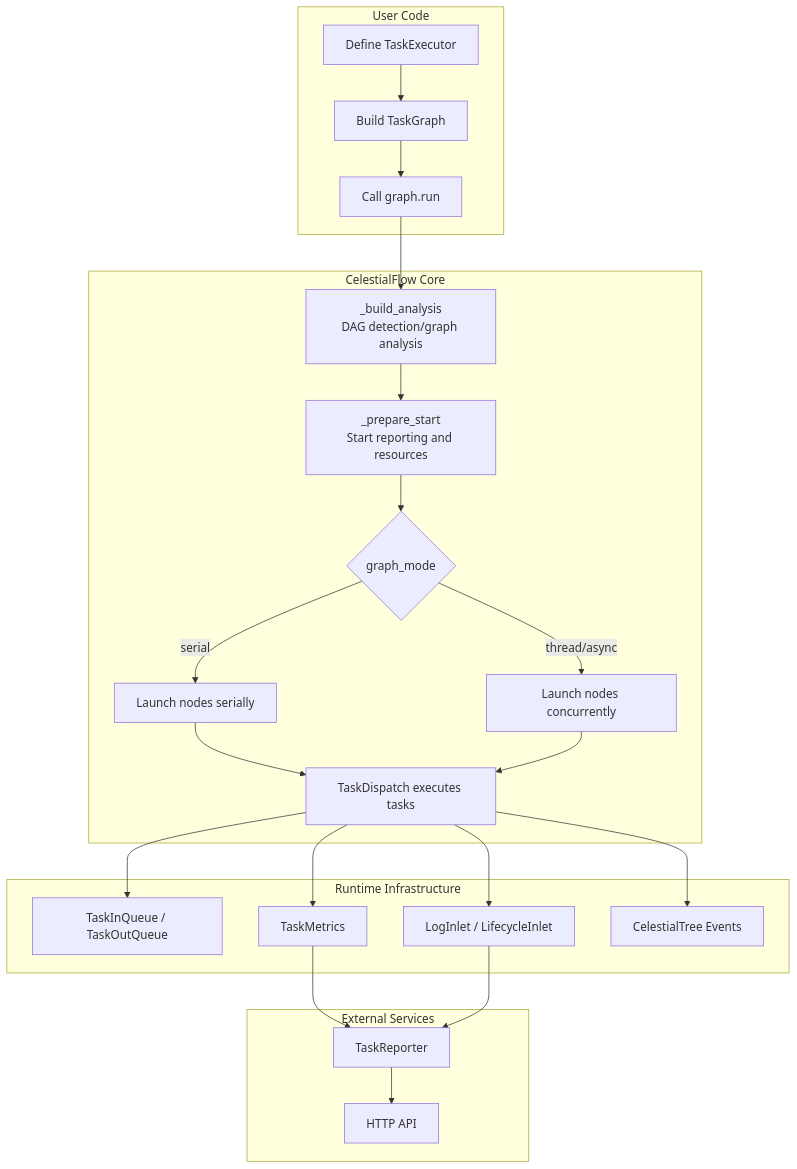
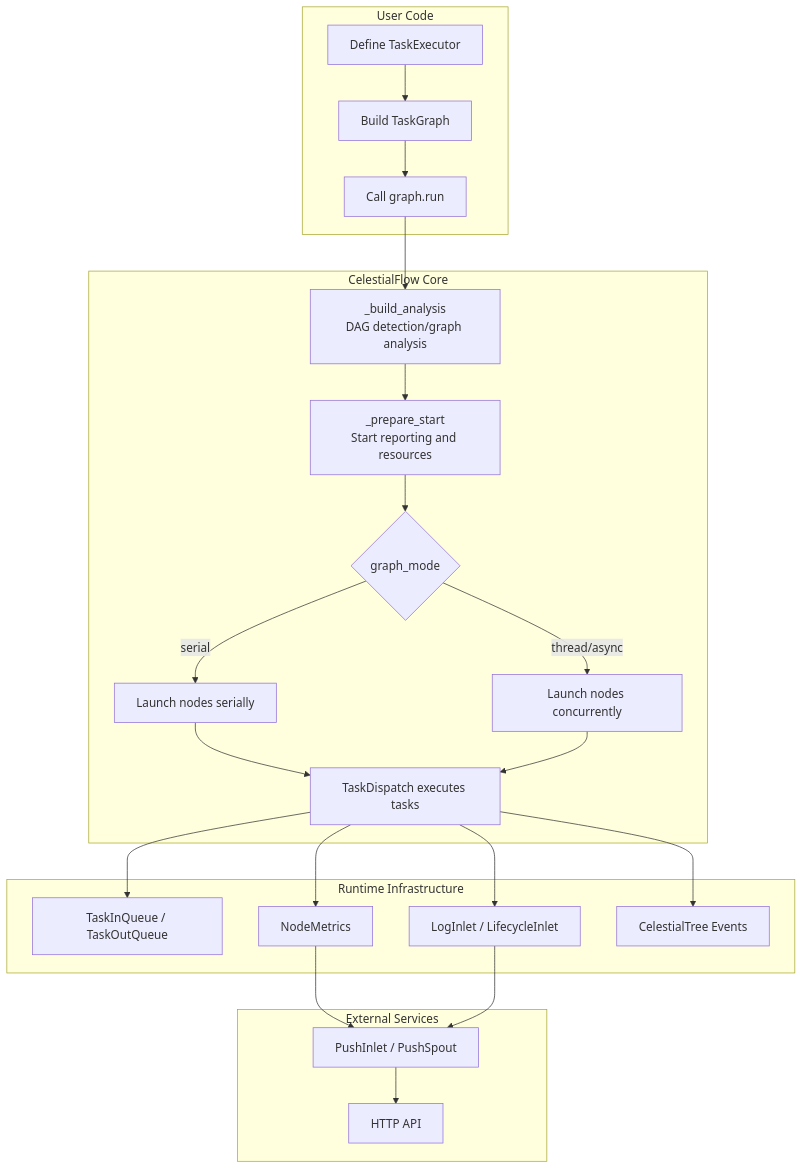
The first of 9 diagrams in docs/en/presentation.md (Mr-xiaotian/CelestialFlow), drawn with Mermaid before and after one commit. The commit also changed other lines of this file and 157 other files, not shown here.

````diff
--- a/docs/en/presentation.md
+++ b/docs/en/presentation.md
@@ -76,33 +76,33 @@
 ```mermaid
 graph TB
     subgraph User Code
         A[Define TaskExecutor] --> B[Build TaskGraph]
         B --> C[Call graph.run]
     end
 
     subgraph CelestialFlow Core
         C --> D[_build_analysis<br/>DAG detection/graph analysis]
         D --> E[_prepare_start<br/>Start reporting and resources]
         E --> F{graph_mode}
         F -->|serial| G[Launch nodes serially]
         F -->|thread/async| H[Launch nodes concurrently]
         G --> I[TaskDispatch executes tasks]
         H --> I
     end
 
     subgraph Runtime Infrastructure
         I --> J[TaskInQueue / TaskOutQueue]
-        I --> K[TaskMetrics]
+        I --> K[NodeMetrics]
         I --> L[LogInlet / LifecycleInlet]
         I --> M[CelestialTree Events]
     end
 
     subgraph External Services
-        N[TaskReporter]
+        N[PushInlet / PushSpout]
         O[HTTP API]
     end
 
     K --> N
     L --> N
     N --> O
 ```
````
